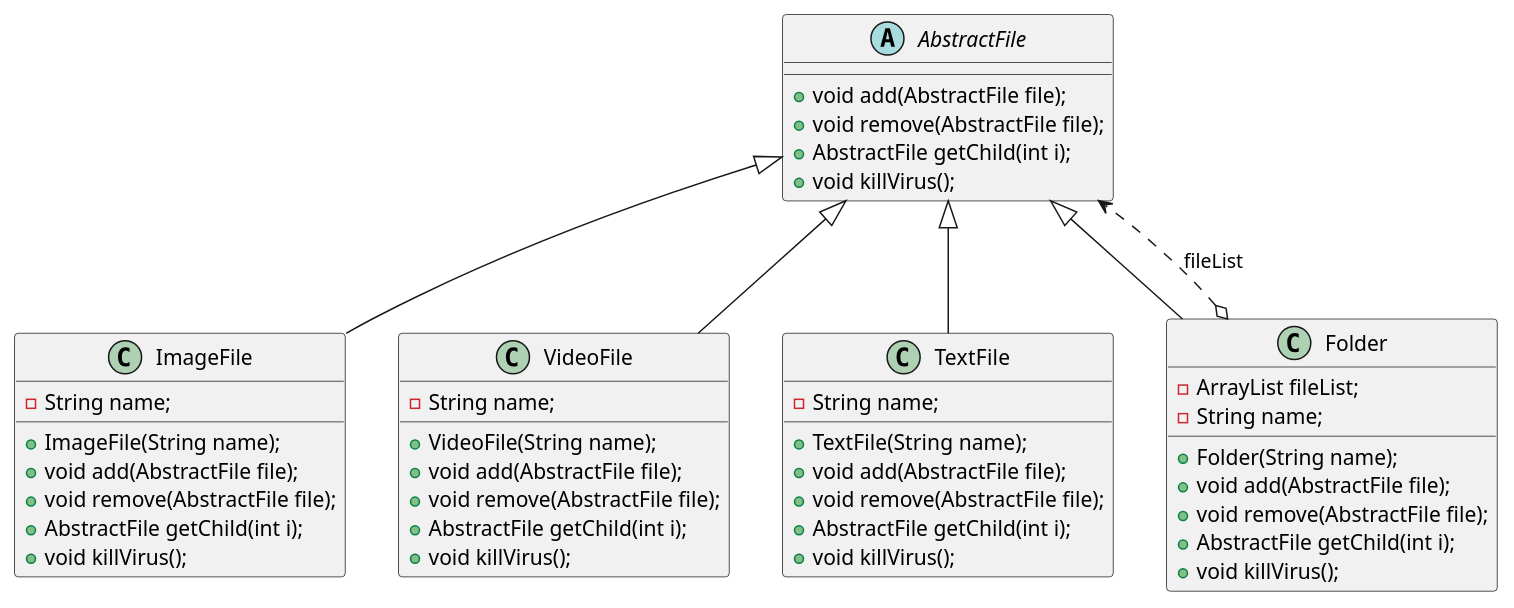
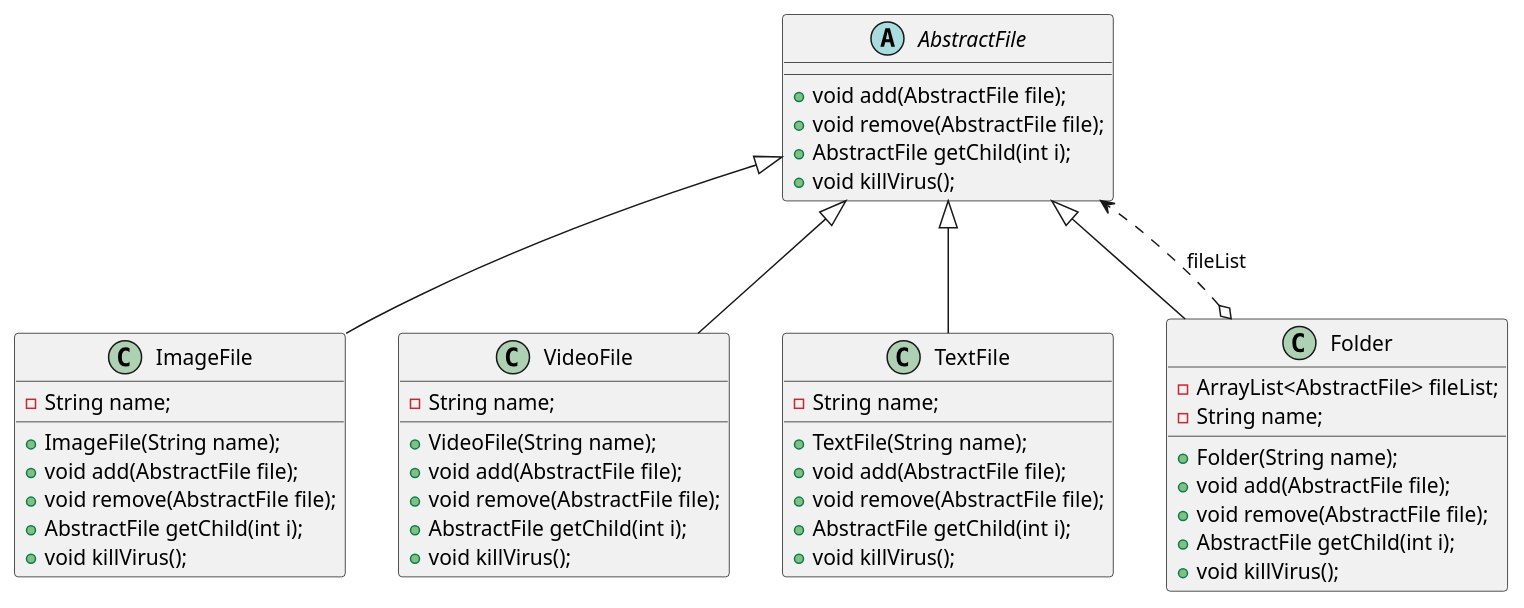
The diagram in design_model/src/main/java/example/designpattern/structural/composite/composite pattern.puml (lyszhen3/myWeb), drawn with PlantUML before and after one commit. The commit also changed 7 other files, not shown here.

```diff
--- a/design_model/src/main/java/example/designpattern/structural/composite/composite pattern.puml
+++ b/design_model/src/main/java/example/designpattern/structural/composite/composite pattern.puml
@@ -1,50 +1,50 @@
 @startuml
 abstract class AbstractFile{
 +void add(AbstractFile file);
 +void remove(AbstractFile file);
 +AbstractFile getChild(int i);
 +void killVirus();
 }
 
 class ImageFile{
 -String name;
 +ImageFile(String name);
 +void add(AbstractFile file);
 +void remove(AbstractFile file);
 +AbstractFile getChild(int i);
 +void killVirus();
 }
 
 class VideoFile{
 -String name;
 +VideoFile(String name);
 +void add(AbstractFile file);
 +void remove(AbstractFile file);
 +AbstractFile getChild(int i);
 +void killVirus();
 }
 
 class TextFile{
 -String name;
 +TextFile(String name);
 +void add(AbstractFile file);
 +void remove(AbstractFile file);
 +AbstractFile getChild(int i);
 +void killVirus();
 }
 class Folder{
--ArrayList fileList;
+-ArrayList<AbstractFile> fileList;
 -String name;
 +Folder(String name);
 +void add(AbstractFile file);
 +void remove(AbstractFile file);
 +AbstractFile getChild(int i);
 +void killVirus();
 }
 
 ImageFile -up-|>AbstractFile
 VideoFile -up-|>AbstractFile
 TextFile -up-|>AbstractFile
 Folder -up-|>AbstractFile
 Folder o..>AbstractFile:fileList
 @enduml
```
